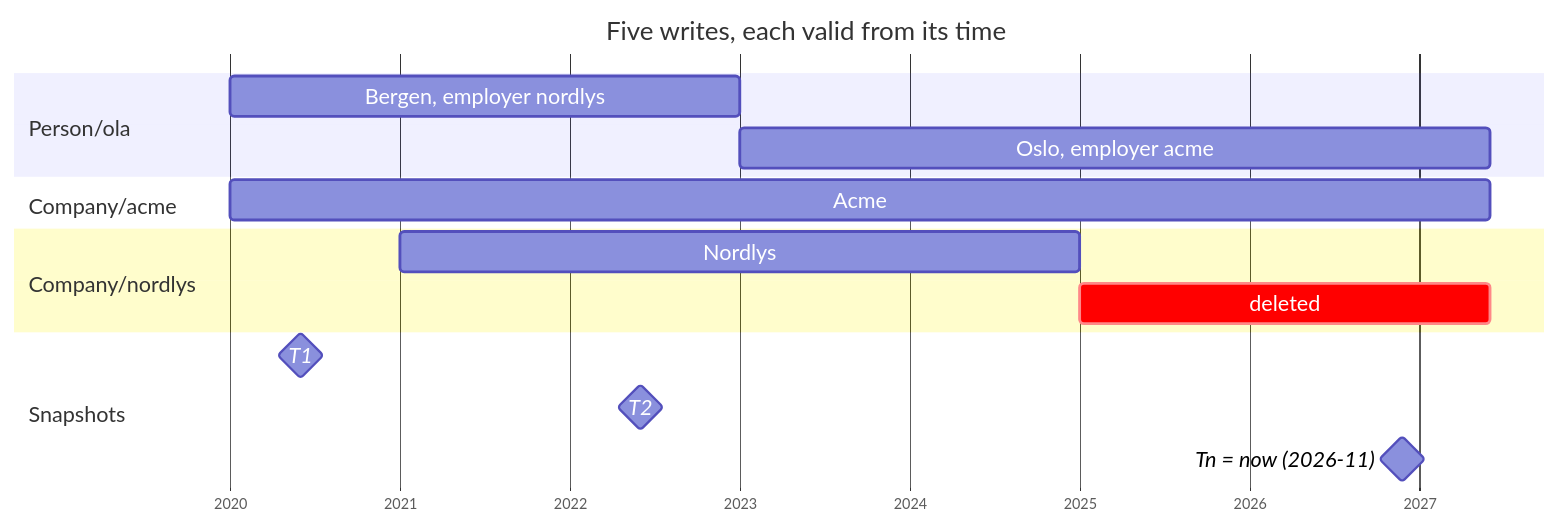
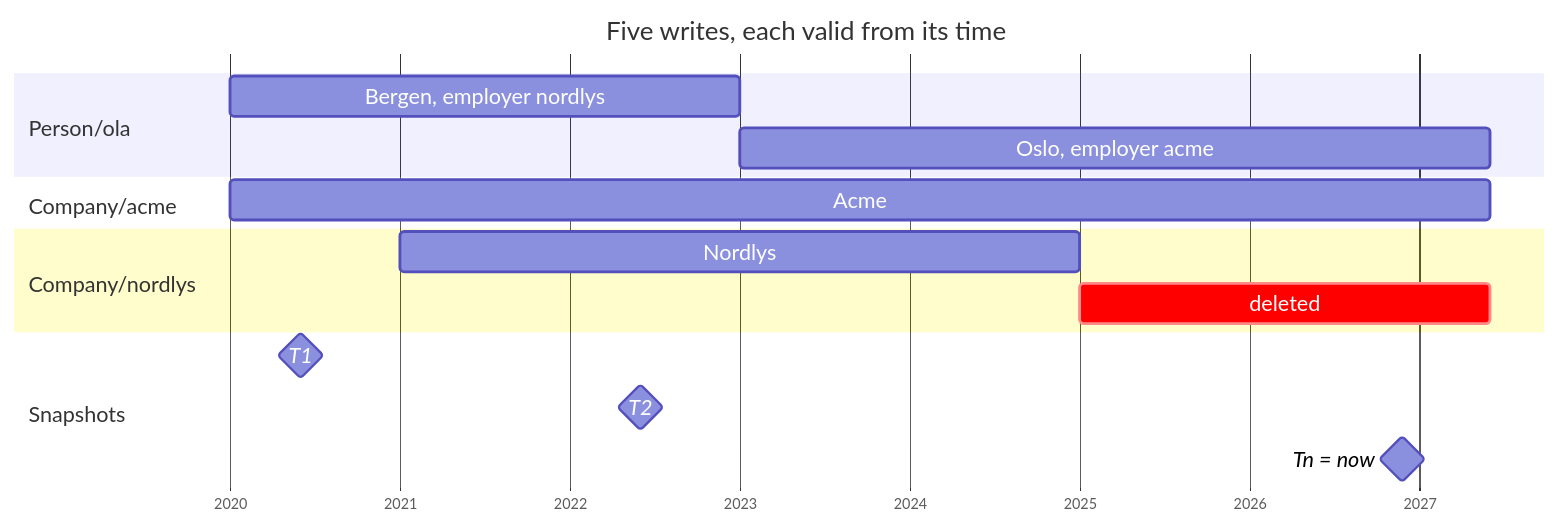
Before and after one commit to descoped/linked-data-store-project: the seventh of 9 diagrams in docs/user/concepts.md, drawn with Mermaid. The commit also changed other lines of this file and 48 other files, not shown here.

First line of the commit message:
The site: the landing page, every document checked against the code, and a roadmap (#70)

````diff
--- a/docs/user/concepts.md
+++ b/docs/user/concepts.md
@@ -658,20 +655,20 @@
 ```mermaid
 %%{init: {"gantt": {"leftPadding": 150, "fontSize": 15, "sectionFontSize": 15, "barHeight": 28, "barGap": 8}}}%%
 gantt
     title Five writes, each valid from its time
     dateFormat YYYY-MM-DD
     axisFormat %Y
     todayMarker off
     section Person/ola
     Bergen, employer nordlys      : 2020-01-01, 2023-01-01
     Oslo, employer acme           : 2023-01-01, 2027-06-01
     section Company/acme
     Acme                          : 2020-01-01, 2027-06-01
     section Company/nordlys
     Nordlys                       : 2021-01-01, 2025-01-01
     deleted                       : crit, 2025-01-01, 2027-06-01
     section Snapshots
     T1                            : milestone, 2020-06-01, 0d
     T2                            : milestone, 2022-06-01, 0d
-    Tn = now (2026-11)            : milestone, 2026-11-24, 0d
+    Tn = now                      : milestone, 2026-11-24, 0d
 ```
````
